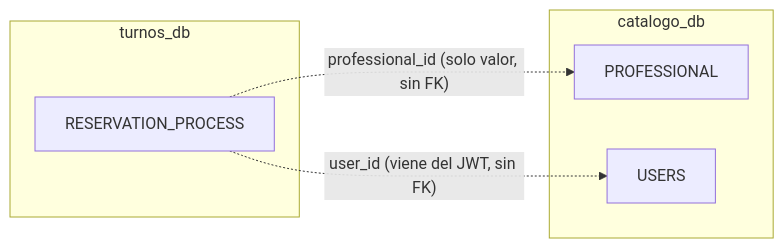
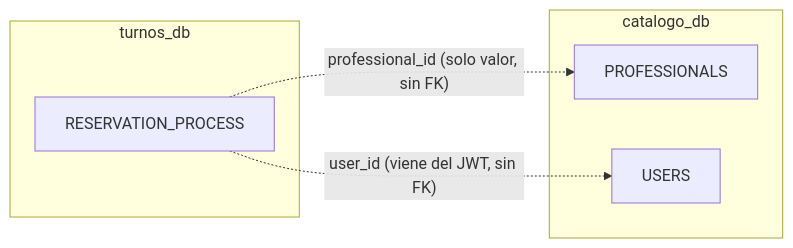
One commit to Prog2-fzapata/Documentacion changed the third of 3 diagrams in diagramas/05-modelo-de-datos.md. Above: the diagram before and after it, drawn with Mermaid. The commit also changed other lines of this file and 2 other files, not shown here.

First line of the commit message:
docs: registra el esquema del catálogo, @Transactional y diagrama 05 (D56, D57)

````diff
--- a/diagramas/05-modelo-de-datos.md
+++ b/diagramas/05-modelo-de-datos.md
@@ -146,12 +147,12 @@
 ```mermaid
 flowchart LR
     subgraph CAT["catalogo_db"]
-        P["PROFESSIONAL"]
+        P["PROFESSIONALS"]
         U["USERS"]
     end
     subgraph TUR["turnos_db"]
         R["RESERVATION_PROCESS"]
     end
     R -. "professional_id (solo valor, sin FK)" .-> P
     R -. "user_id (viene del JWT, sin FK)" .-> U
 ```
````
